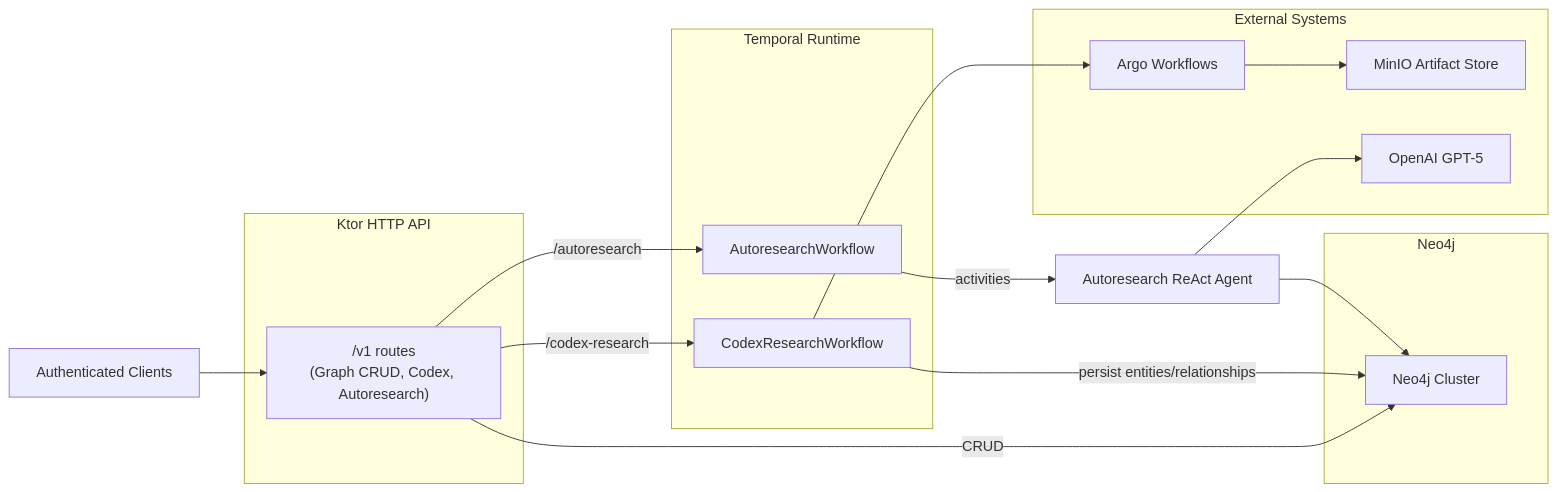
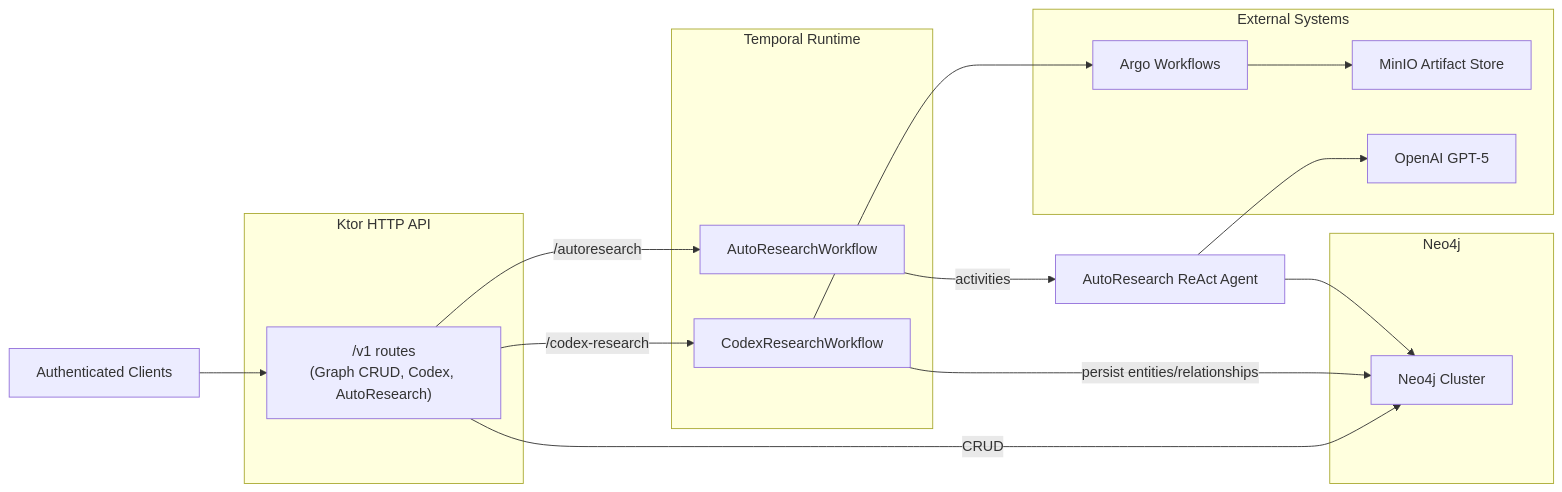
The first of 2 diagrams in docs/graf-current-state.md (proompteng/lab), drawn with Mermaid before and after one commit. The commit also changed other lines of this file and 27 other files, not shown here.

Commit message:
chore: rename AutoResearch feature

````diff
--- a/docs/graf-current-state.md
+++ b/docs/graf-current-state.md
@@ -36,31 +36,31 @@
 ```mermaid
 flowchart LR
     subgraph API["Ktor HTTP API"]
-        Routes["/v1 routes\n(Graph CRUD, Codex, Autoresearch)"]
+        Routes["/v1 routes\n(Graph CRUD, Codex, AutoResearch)"]
     end
     subgraph Persistence["Neo4j"]
         Neo4jDB["Neo4j Cluster"]
     end
     subgraph Temporal["Temporal Runtime"]
         CodexWF["CodexResearchWorkflow"]
-        AutoWF["AutoresearchWorkflow"]
+        AutoWF["AutoResearchWorkflow"]
     end
     subgraph External["External Systems"]
         Argo["Argo Workflows"]
         Minio["MinIO Artifact Store"]
         OpenAI["OpenAI GPT-5"]
     end
 
     Client["Authenticated Clients"] --> Routes
     Routes -->|CRUD| Neo4jDB
     Routes -->|/codex-research| CodexWF
     Routes -->|/autoresearch| AutoWF
 
     CodexWF --> Argo
     Argo --> Minio
     CodexWF -->|persist entities/relationships| Neo4jDB
 
-    AutoWF -->|activities| AutoAgent["Autoresearch ReAct Agent"]
+    AutoWF -->|activities| AutoAgent["AutoResearch ReAct Agent"]
     AutoAgent --> Neo4jDB
     AutoAgent --> OpenAI
 ```
````
